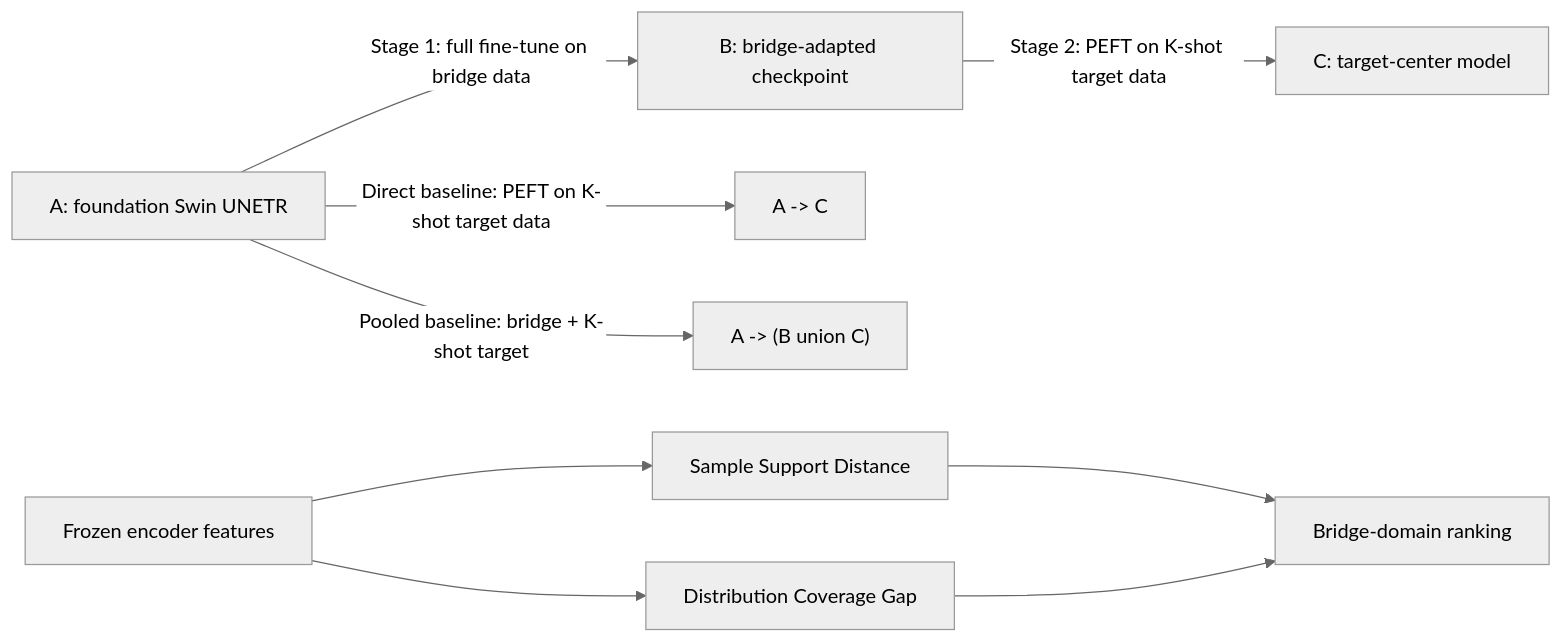
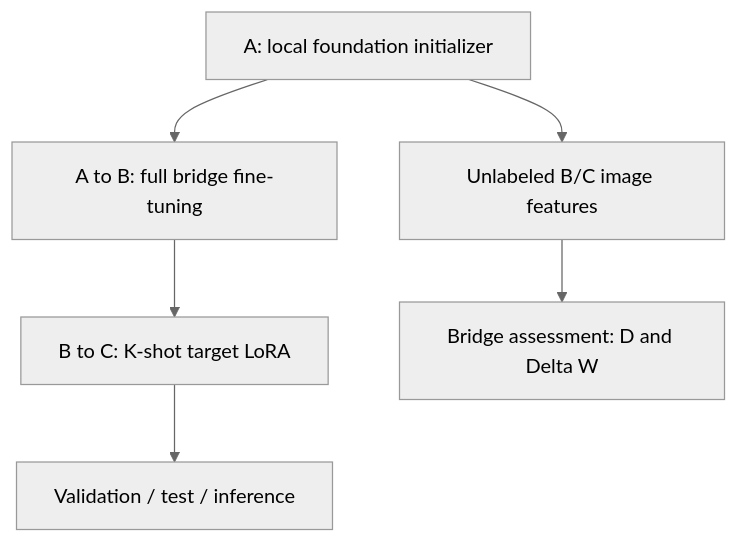
The diagram in README.md (Liu-XL-code/Bridge-Tuning), drawn with Mermaid (neutral theme) before and after one commit. The commit also changed other lines of this file and 4 other files, not shown here.

First line of the commit message:
Release the five-file CT Bridge-Tuning pipeline

````diff
--- a/README.md
+++ b/README.md
@@ -18,11 +10,8 @@
 ```mermaid
-flowchart LR
-    A["A: foundation Swin UNETR"] -->|"Stage 1: full fine-tune on bridge data"| B["B: bridge-adapted checkpoint"]
-    B -->|"Stage 2: PEFT on K-shot target data"| C["C: target-center model"]
-    A -->|"Direct baseline: PEFT on K-shot target data"| D["A -> C"]
-    A -->|"Pooled baseline: bridge + K-shot target"| E["A -> (B union C)"]
-    F["Frozen encoder features"] --> G["Sample Support Distance"]
-    F --> H["Distribution Coverage Gap"]
-    G --> I["Bridge-domain ranking"]
-    H --> I
+flowchart TD
+    A["A: local foundation initializer"] --> B["A to B: full bridge fine-tuning"]
+    B --> C["B to C: K-shot target LoRA"]
+    C --> E["Validation / test / inference"]
+    A --> F["Unlabeled B/C image features"]
+    F --> S["Bridge assessment: D and Delta W"]
 ```
````
